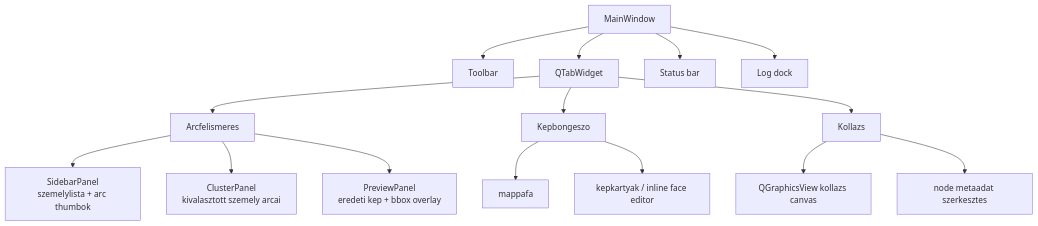
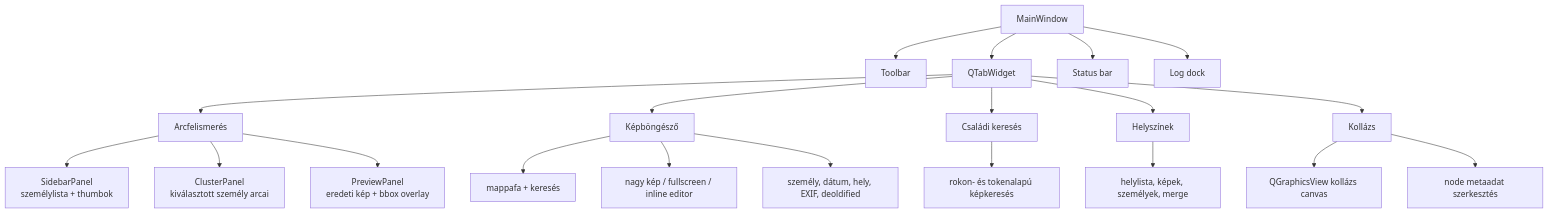
One commit to BenKoncsik/local_ai_face_recognizer changed the fourth of 4 diagrams in docs/blueprint.md. Above: the diagram before and after it, drawn with Mermaid. The commit also changed other lines of this file and 12 other files, not shown here.

````diff
--- a/docs/blueprint.md
+++ b/docs/blueprint.md
@@ -421,21 +568,26 @@
 ```mermaid
 flowchart TB
     MW["MainWindow"] --> TB["Toolbar"]
     MW --> TABS["QTabWidget"]
     MW --> STATUS["Status bar"]
     MW --> LOG["Log dock"]
 
-    TABS --> FACES["Arcfelismeres"]
-    TABS --> BROWSER["Kepbongeszo"]
-    TABS --> COLLAGE["Kollazs"]
+    TABS --> FACES["Arcfelismerés"]
+    TABS --> BROWSER["Képböngésző"]
+    TABS --> FAMILY["Családi keresés"]
+    TABS --> PLACES["Helyszínek"]
+    TABS --> COLLAGE["Kollázs"]
 
-    FACES --> SIDE["SidebarPanel\nszemelylista + arc thumbok"]
-    FACES --> CLUSTER["ClusterPanel\nkivalasztott szemely arcai"]
-    FACES --> PREVIEW["PreviewPanel\neredeti kep + bbox overlay"]
+    FACES --> SIDE["SidebarPanel\nszemélylista + thumbok"]
+    FACES --> CLUSTER["ClusterPanel\nkiválasztott személy arcai"]
+    FACES --> PREVIEW["PreviewPanel\neredeti kép + bbox overlay"]
 
-    BROWSER --> TREE["mappafa"]
-    BROWSER --> GRID["kepkartyak / inline face editor"]
+    BROWSER --> TREE["mappafa + keresés"]
+    BROWSER --> VIEW["nagy kép / fullscreen / inline editor"]
+    BROWSER --> INFO["személy, dátum, hely, EXIF, deoldified"]
 
-    COLLAGE --> CANVAS["QGraphicsView kollazs canvas"]
-    COLLAGE --> META["node metaadat szerkesztes"]
+    FAMILY --> FSEARCH["rokon- és tokenalapú képkeresés"]
+    PLACES --> LVIEW["helylista, képek, személyek, merge"]
+    COLLAGE --> CANVAS["QGraphicsView kollázs canvas"]
+    COLLAGE --> META["node metaadat szerkesztés"]
 ```
````
